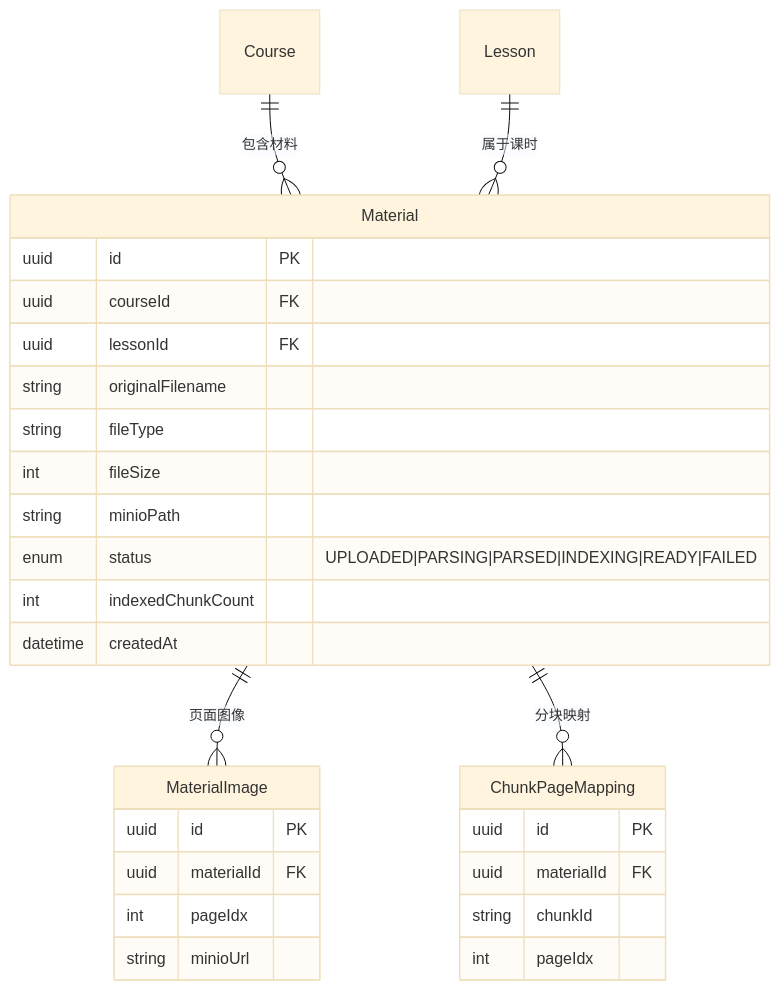
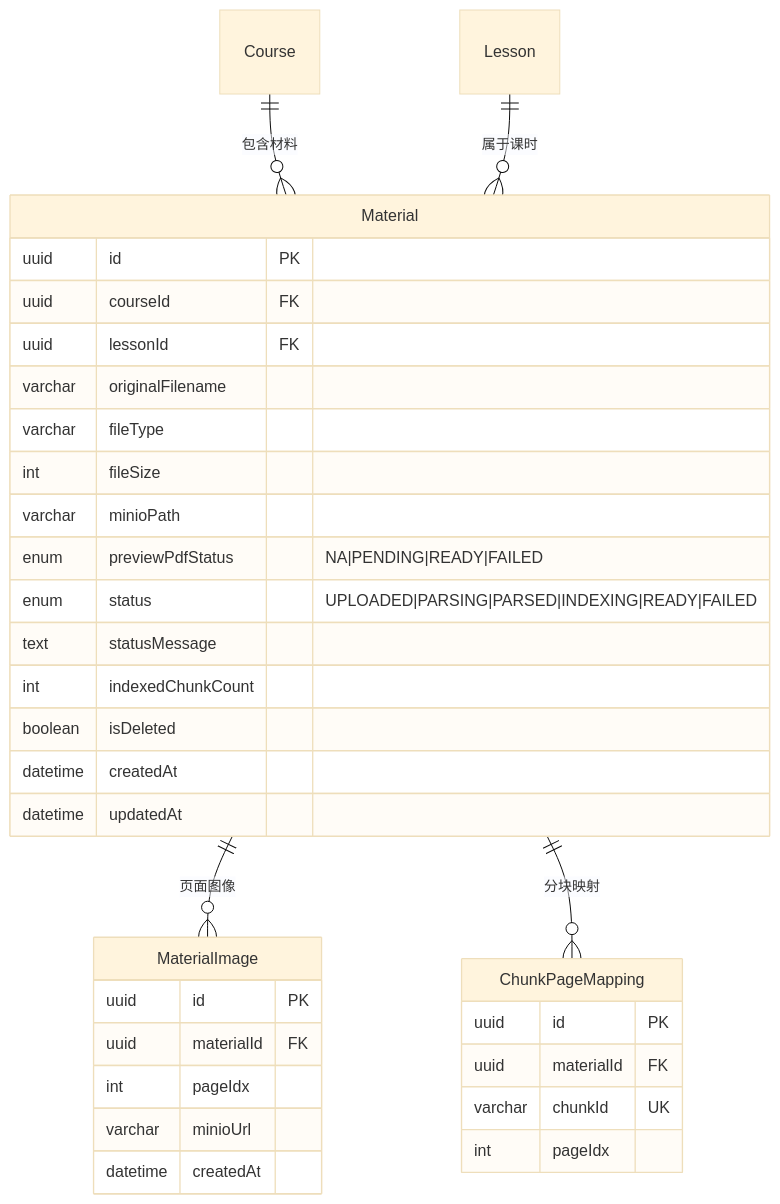
One commit to mocha196/eduAgent changed diagram 20 of 24 in thesis.md. Above: the diagram before and after it, drawn with Mermaid (base theme). The commit also changed other lines of this file and 42 other files, not shown here.

````diff
--- a/thesis.md
+++ b/thesis.md
@@ -909,32 +917,37 @@
 ```mermaid
 erDiagram
     Material {
         uuid id PK
         uuid courseId FK
         uuid lessonId FK
-        string originalFilename
-        string fileType
+        varchar originalFilename
+        varchar fileType
         int fileSize
-        string minioPath
+        varchar minioPath
+        enum previewPdfStatus "NA|PENDING|READY|FAILED"
         enum status "UPLOADED|PARSING|PARSED|INDEXING|READY|FAILED"
+        text statusMessage
         int indexedChunkCount
+        boolean isDeleted
         datetime createdAt
+        datetime updatedAt
     }
     MaterialImage {
         uuid id PK
         uuid materialId FK
         int pageIdx
-        string minioUrl
+        varchar minioUrl
+        datetime createdAt
     }
     ChunkPageMapping {
         uuid id PK
         uuid materialId FK
-        string chunkId
+        varchar chunkId UK
         int pageIdx
     }
 
     Course ||--o{ Material : "包含材料"
     Lesson ||--o{ Material : "属于课时"
     Material ||--o{ MaterialImage : "页面图像"
     Material ||--o{ ChunkPageMapping : "分块映射"
 ```
````
